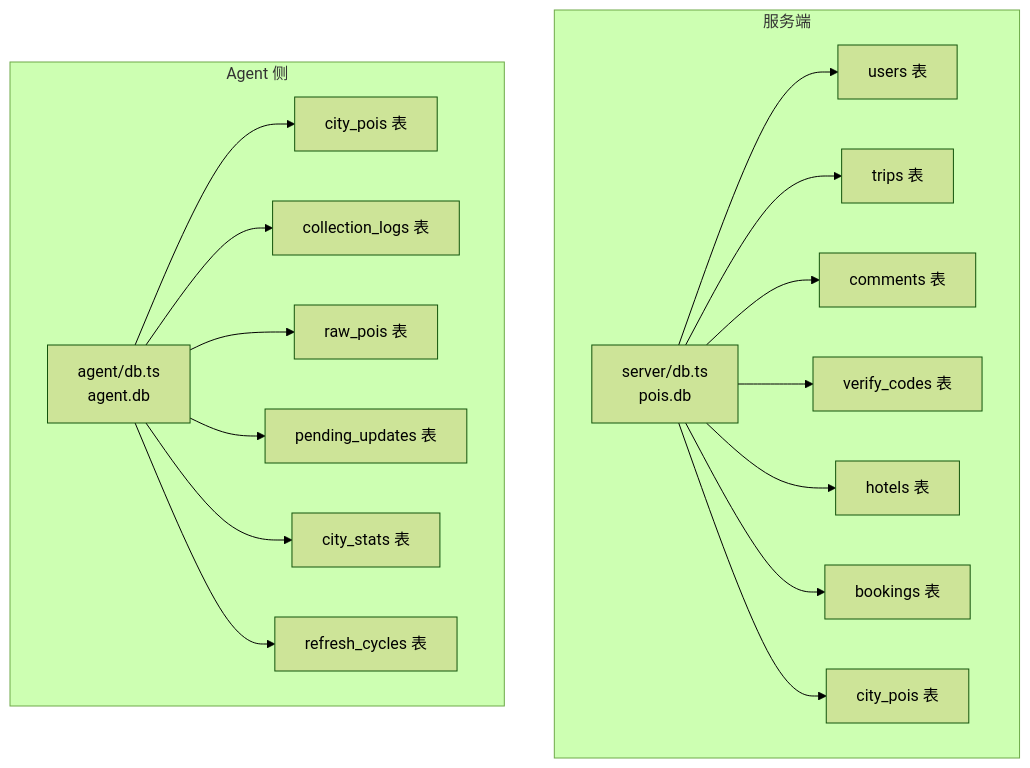
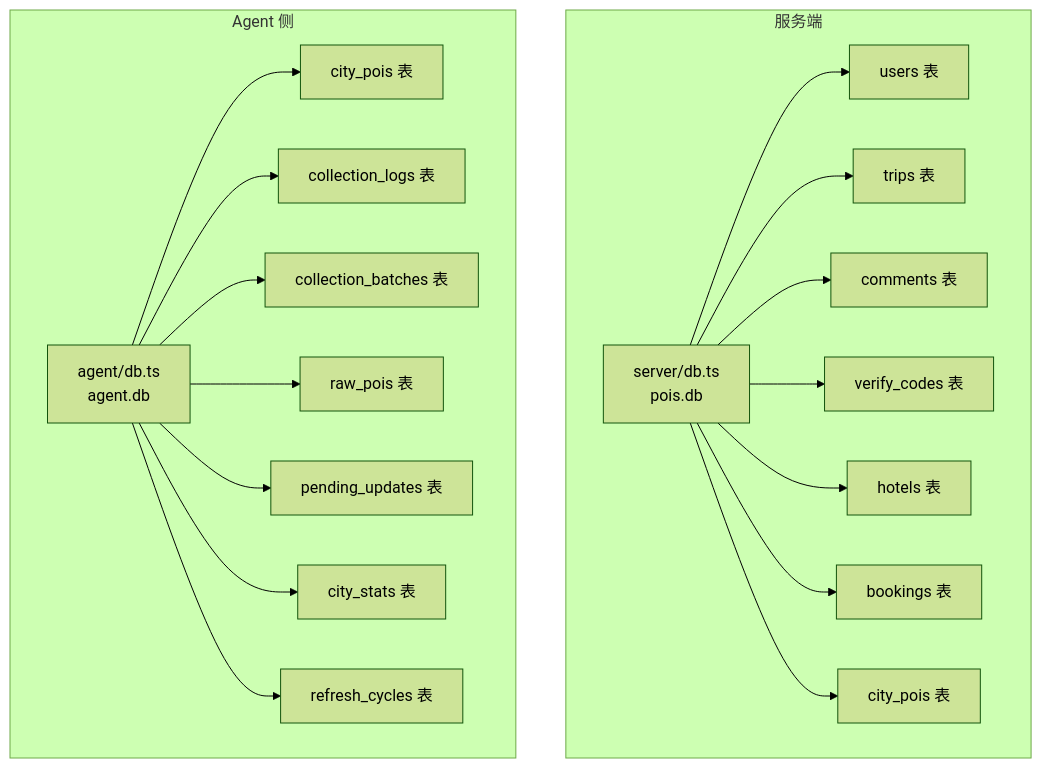
Before and after one commit to ititjjy/AITrip-plan: the first of 3 diagrams in .qoder/repowiki/zh/content/数据库设计.md, drawn with Mermaid (forest theme). The commit also changed other lines of this file and 10 other files, not shown here.

````diff
--- a/.qoder/repowiki/zh/content/数据库设计.md
+++ b/.qoder/repowiki/zh/content/数据库设计.md
@@ -33,35 +35,37 @@
 ```mermaid
 graph TB
 subgraph "服务端"
 S_DB["server/db.ts<br/>pois.db"]
 S_USERS["users 表"]
 S_TRIPS["trips 表"]
 S_COMMENTS["comments 表"]
 S_VERIFY["verify_codes 表"]
 S_HOTELS["hotels 表"]
 S_BOOKINGS["bookings 表"]
 S_CITY_POIS["city_pois 表"]
 end
 subgraph "Agent 侧"
 A_DB["agent/db.ts<br/>agent.db"]
 A_CITY_POIS["city_pois 表"]
 A_LOGS["collection_logs 表"]
+A_BATCHES["collection_batches 表"]
 A_RAW["raw_pois 表"]
 A_PENDING["pending_updates 表"]
 A_STATS["city_stats 表"]
 A_CYCLES["refresh_cycles 表"]
 end
 S_DB --> S_USERS
 S_DB --> S_TRIPS
 S_DB --> S_COMMENTS
 S_DB --> S_VERIFY
 S_DB --> S_HOTELS
 S_DB --> S_BOOKINGS
 S_DB --> S_CITY_POIS
 A_DB --> A_CITY_POIS
 A_DB --> A_LOGS
+A_DB --> A_BATCHES
 A_DB --> A_RAW
 A_DB --> A_PENDING
 A_DB --> A_STATS
 A_DB --> A_CYCLES
 ```
````
